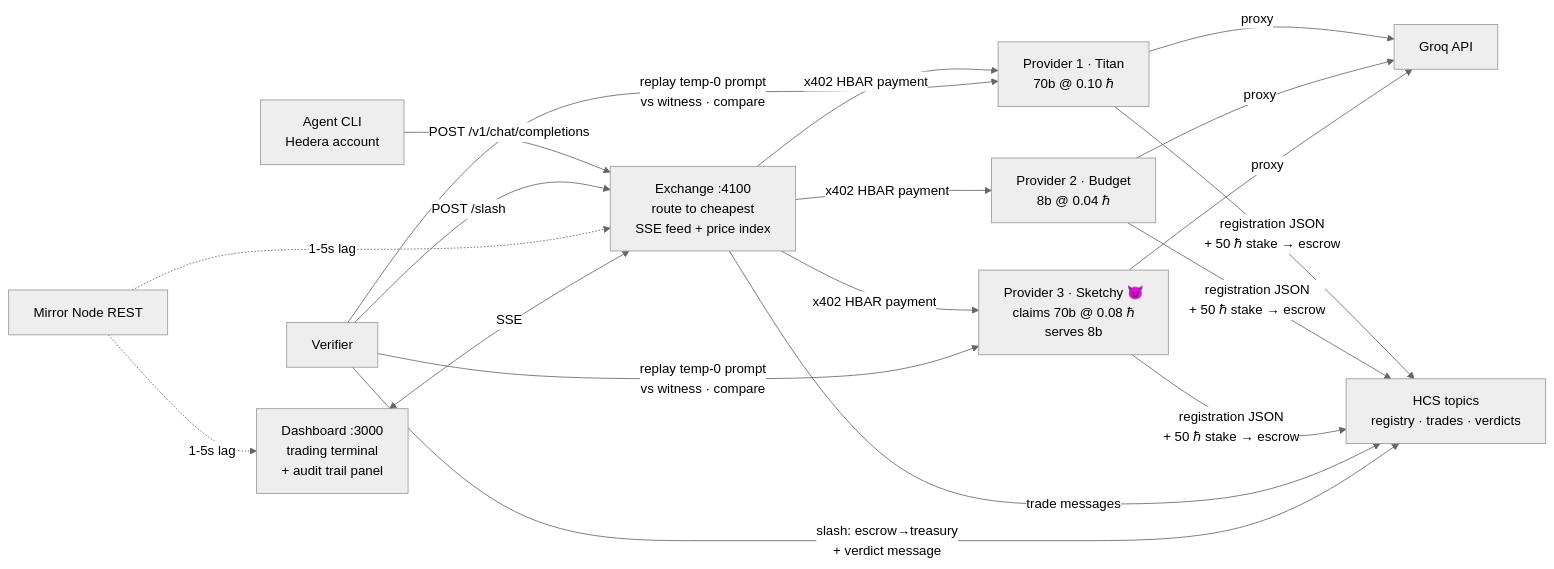
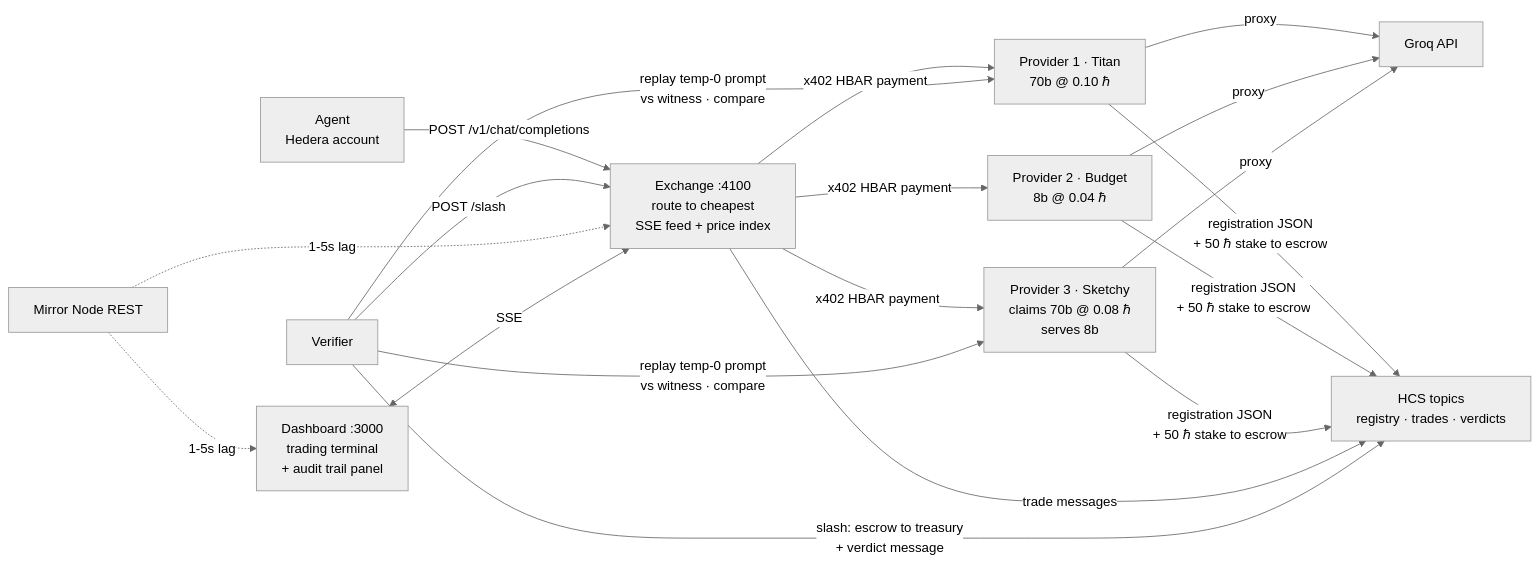
Before and after one commit to GigaHierz/ETH-global-lisbon-2026: the diagram in README.md, drawn with Mermaid (neutral theme). The commit also changed other lines of this file, not shown here.

First line of the commit message:
docs(readme): rewrite root README — no emojis, overview + docs index

````diff
--- a/README.md
+++ b/README.md
@@ -40,15 +37,15 @@
 ```mermaid
 flowchart LR
-    A[Agent CLI<br/>Hedera account] -->|"POST /v1/chat/completions"| E[Exchange :4100<br/>route to cheapest<br/>SSE feed + price index]
+    A[Agent<br/>Hedera account] -->|"POST /v1/chat/completions"| E[Exchange :4100<br/>route to cheapest<br/>SSE feed + price index]
     E -->|"x402 HBAR payment"| P1[Provider 1 · Titan<br/>70b @ 0.10 ℏ]
     E -->|"x402 HBAR payment"| P2[Provider 2 · Budget<br/>8b @ 0.04 ℏ]
-    E -->|"x402 HBAR payment"| P3[Provider 3 · Sketchy 😈<br/>claims 70b @ 0.08 ℏ<br/>serves 8b]
+    E -->|"x402 HBAR payment"| P3[Provider 3 · Sketchy<br/>claims 70b @ 0.08 ℏ<br/>serves 8b]
     P1 & P2 & P3 -->|proxy| G[Groq API]
-    P1 & P2 & P3 -->|"registration JSON<br/>+ 50 ℏ stake → escrow"| HCS[HCS topics<br/>registry · trades · verdicts]
+    P1 & P2 & P3 -->|"registration JSON<br/>+ 50 ℏ stake to escrow"| HCS[HCS topics<br/>registry · trades · verdicts]
     E -->|"trade messages"| HCS
     V[Verifier] -->|"replay temp-0 prompt<br/>vs witness · compare"| P1 & P3
-    V -->|"slash: escrow→treasury<br/>+ verdict message"| HCS
+    V -->|"slash: escrow to treasury<br/>+ verdict message"| HCS
     V -->|"POST /slash"| E
     M[Mirror Node REST] -.->|"1-5s lag"| E & D
     D[Dashboard :3000<br/>trading terminal<br/>+ audit trail panel] <-->|SSE| E
 ```
````
